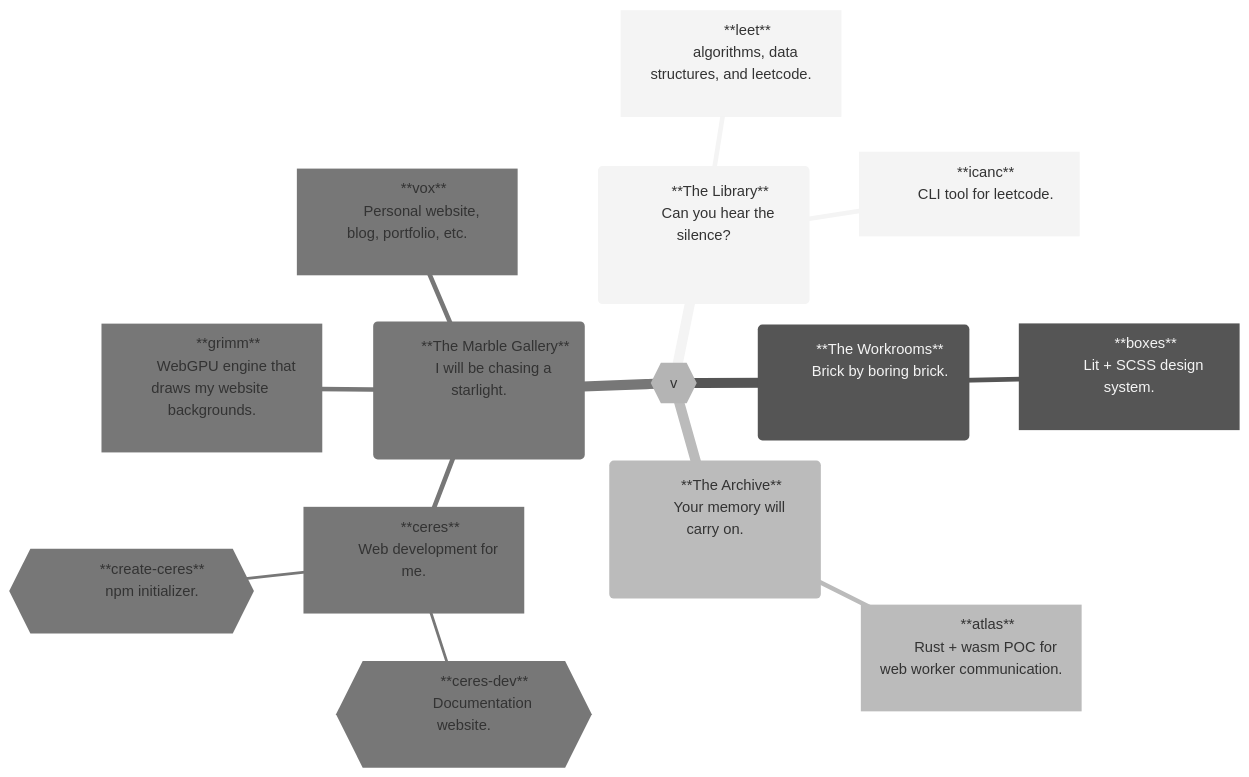
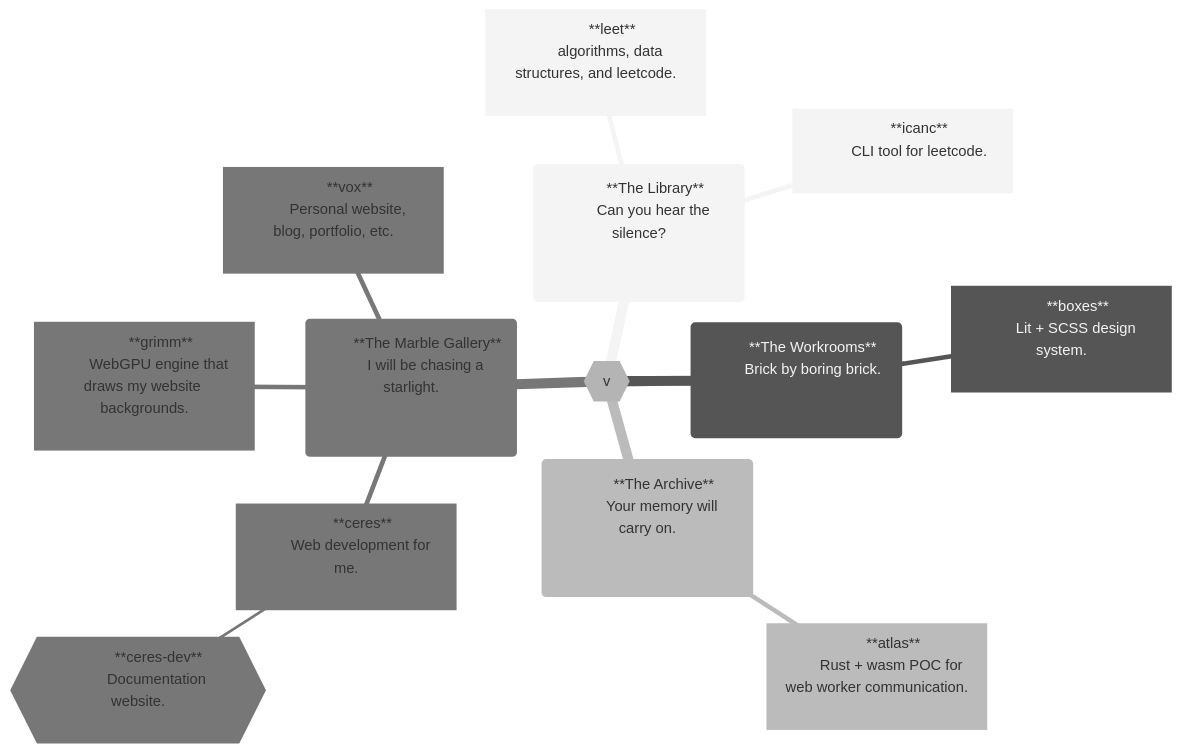
Before and after one commit to voxelstack/voxelstack: the diagram in README.md, drawn with Mermaid (neutral theme).

````diff
--- a/README.md
+++ b/README.md
@@ -4,61 +4,57 @@
 ```mermaid
 mindmap
   root{{v}}
     (
         **The Library**
         Can you hear the silence?
         <!-- Can you see the dark? -->
     )
       [
         **leet**
         algorithms, data structures, and leetcode.
       ]
       [
         **icanc**
         CLI tool for leetcode.
       ]
     (
         <!-- The word "workshop" was taken from us. -->
         **The Workrooms**
         Brick by boring brick.
         <!-- Or the wolf's gonna blow it down. -->
     )
       [
         **boxes**
         Lit + SCSS design system.
       ]
     (
         **The Archive**
         Your memory will carry on.
         <!-- We'll carry on. -->
     )
       [
         **atlas**
         Rust + wasm POC for web worker communication.
       ]
     (
         **The Marble Gallery**
         I will be chasing a starlight.
         <!-- Until the end of my life. -->
     )
       [
         **ceres**
         Web development for me.
       ]
         {{
           **ceres-dev**
           Documentation website.
         }}
-        {{
-          **create-ceres**
-          npm initializer.
-        }}
       [
         **grimm**
         WebGPU engine that draws my website backgrounds.
       ]
       [
         **vox**
         Personal website, blog, portfolio, etc.
       ]
 ```
````
